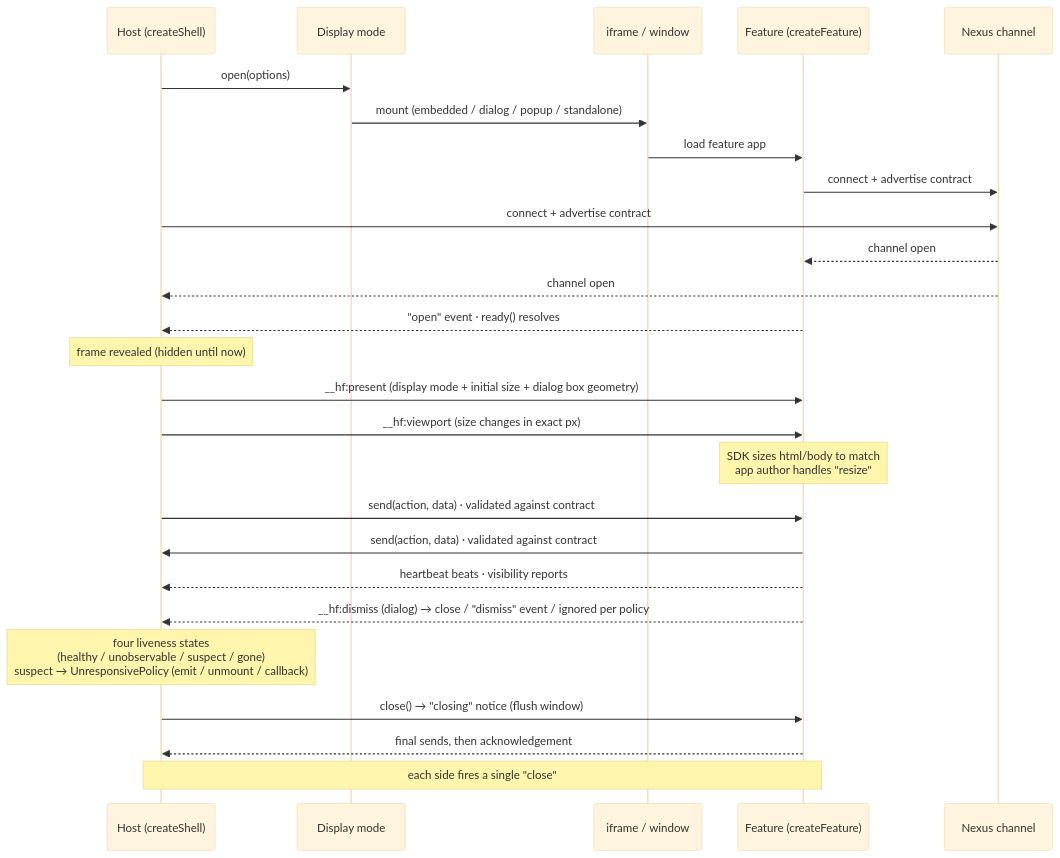
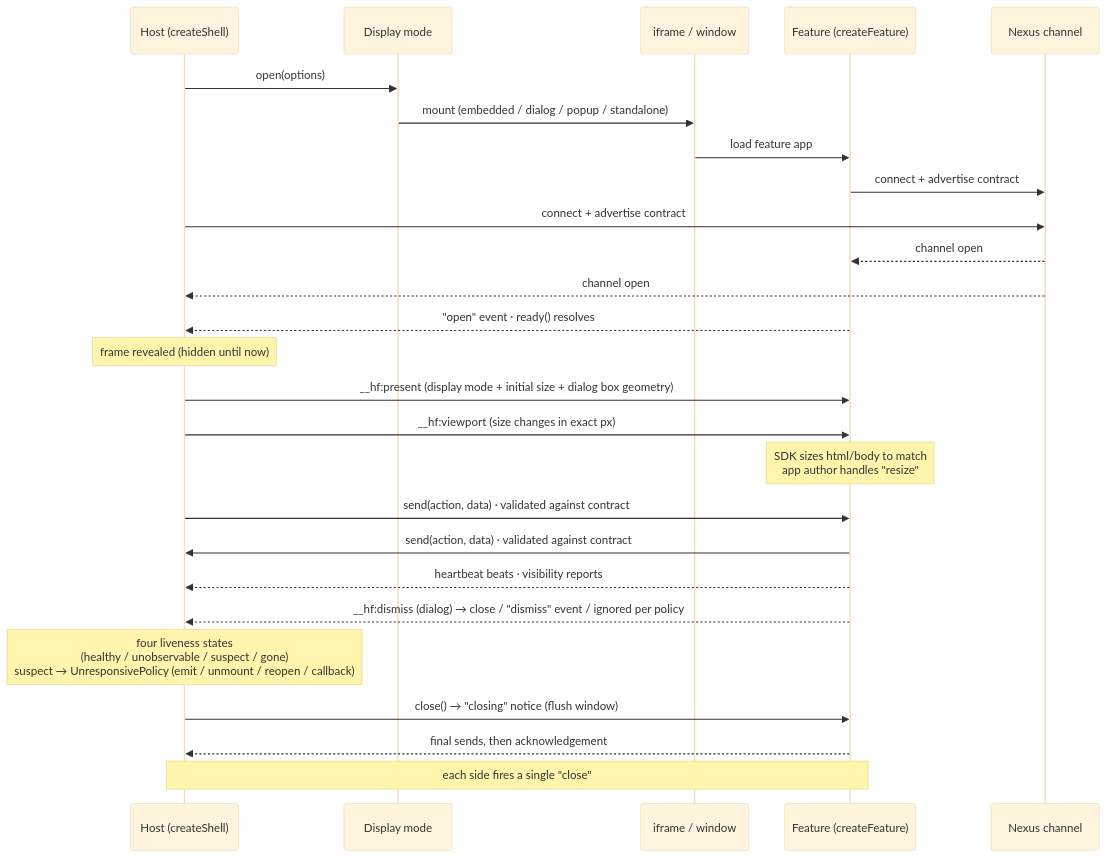
The second of 5 diagrams in libs/features/ARCHITECTURE.md (AndrewRedican/hyperfrontend), drawn with Mermaid before and after one commit. The commit also changed other lines of this file and 1 other file, not shown here.

Commit message:
docs(lib-features): document the frame verdict and the reopen unresponsive policy

````diff
--- a/libs/features/ARCHITECTURE.md
+++ b/libs/features/ARCHITECTURE.md
@@ -116,35 +116,35 @@
 ```mermaid
 ---
 config:
   theme: base
   themeVariables:
     fontSize: 12px
 ---
 sequenceDiagram
     participant H as Host (createShell)
     participant D as Display mode
     participant I as iframe / window
     participant F as Feature (createFeature)
     participant N as Nexus channel
 
     H->>D: open(options)
     D->>I: mount (embedded / dialog / popup / standalone)
     I->>F: load feature app
     F->>N: connect + advertise contract
     H->>N: connect + advertise contract
     N-->>F: channel open
     N-->>H: channel open
     F-->>H: "open" event · ready() resolves
     Note over H: frame revealed (hidden until now)
     H->>F: __hf:present (display mode + initial size + dialog box geometry)
     H->>F: __hf:viewport (size changes in exact px)
     Note over F: SDK sizes html/body to match<br/>app author handles "resize"
     H->>F: send(action, data)  ·  validated against contract
     F->>H: send(action, data)  ·  validated against contract
     F-->>H: heartbeat beats · visibility reports
     F-->>H: __hf:dismiss (dialog) → close / "dismiss" event / ignored per policy
-    Note over H: four liveness states<br/>(healthy / unobservable / suspect / gone)<br/>suspect → UnresponsivePolicy (emit / unmount / callback)
+    Note over H: four liveness states<br/>(healthy / unobservable / suspect / gone)<br/>suspect → UnresponsivePolicy (emit / unmount / reopen / callback)
     H->>F: close() → "closing" notice (flush window)
     F-->>H: final sends, then acknowledgement
     Note over H,F: each side fires a single "close"
 ```
````
